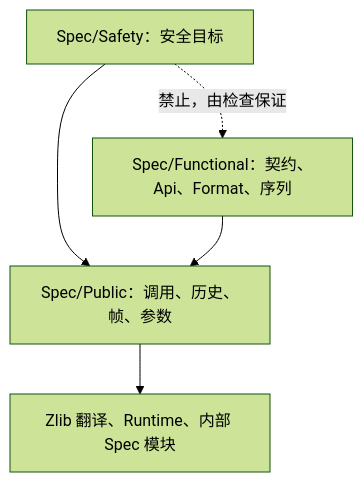
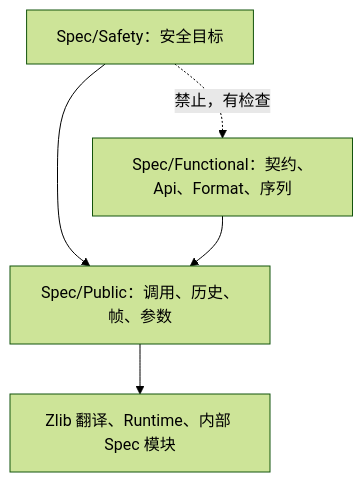
Before and after one commit to cla7aye15I4nd/oss-proof: the diagram in docs/design/safety-functional-split.zh.md, drawn with Mermaid (forest theme). The commit also changed other lines of this file and 3 other files, not shown here.

````diff
--- a/docs/design/safety-functional-split.zh.md
+++ b/docs/design/safety-functional-split.zh.md
@@ -24,8 +20,8 @@
 ```mermaid
 flowchart TD
   Safety["Spec/Safety：安全目标"] --> Public
   Functional["Spec/Functional：契约、Api、Format、序列"] --> Public
   Public["Spec/Public：调用、历史、帧、参数"] --> Base
   Base["Zlib 翻译、Runtime、内部 Spec 模块"]
-  Safety -. "禁止，由检查保证" .-> Functional
+  Safety -. "禁止，有检查" .-> Functional
 ```
````
